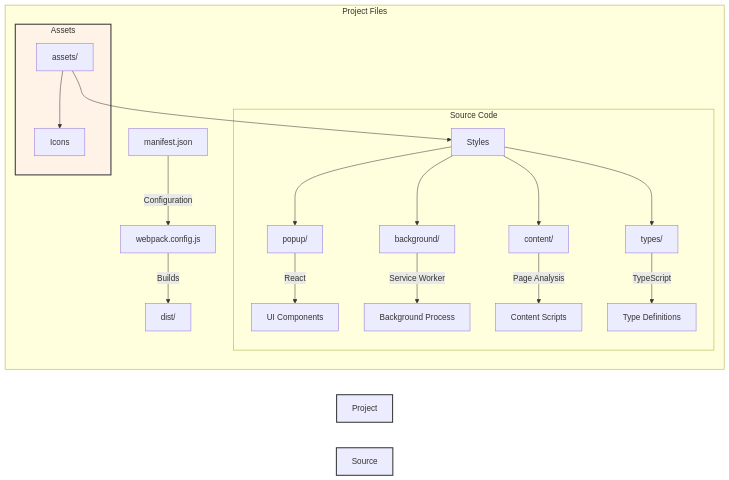
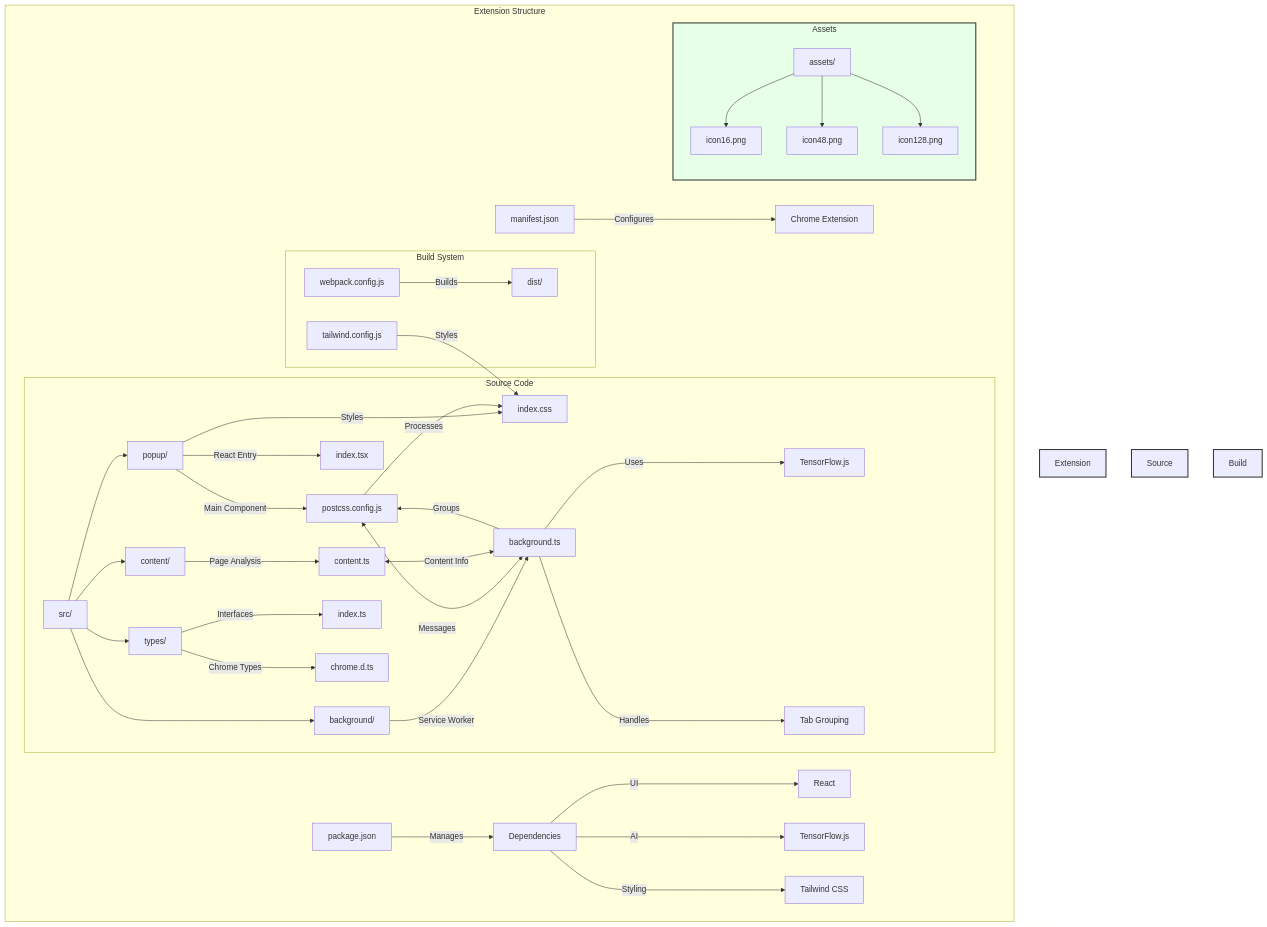
One commit to moelhaj996/AI-Powered-Tab-Manager-Organizer changed the diagram in README.md. Above: the diagram before and after it, drawn with Mermaid. The commit also changed other lines of this file and 45 other files, not shown here.

````diff
--- a/README.md
+++ b/README.md
@@ -77,28 +7,58 @@
 ```mermaid
-graph LR
-    subgraph Project Files
-        M[manifest.json] --> |Configuration| W[webpack.config.js]
-        W --> |Builds| D[dist/]
+graph TD
+    subgraph Extension Structure
+        M[manifest.json] --> |Configures| EXT[Chrome Extension]
         
         subgraph Source Code
-            S[src/] --> P[popup/]
-            S --> B[background/]
-            S --> C[content/]
-            S --> T[types/]
+            SRC[src/] --> POP[popup/]
+            SRC --> BG[background/]
+            SRC --> CON[content/]
+            SRC --> TYP[types/]
+
+            %% Popup Details
+            POP --> |React Entry| IDX[index.tsx]
+            POP --> |Main Component| PC[Popup.tsx]
+            POP --> |Styles| CSS[index.css]
             
-            P --> |React| UI[UI Components]
-            B --> |Service Worker| BG[Background Process]
-            C --> |Page Analysis| CS[Content Scripts]
-            T --> |TypeScript| TD[Type Definitions]
+            %% Background Service
+            BG --> |Service Worker| BS[background.ts]
+            BS --> |Uses| TF[TensorFlow.js]
+            BS --> |Handles| TG[Tab Grouping]
+            
+            %% Content Scripts
+            CON --> |Page Analysis| CS[content.ts]
+            
+            %% Types
+            TYP --> |Interfaces| TI[index.ts]
+            TYP --> |Chrome Types| CT[chrome.d.ts]
         end
-        
+
+        subgraph Build System
+            WP[webpack.config.js] --> |Builds| DIST[dist/]
+            PC[postcss.config.js] --> |Processes| CSS
+            TC[tailwind.config.js] --> |Styles| CSS
+        end
+
         subgraph Assets
-            A[assets/] --> I[Icons]
-            A --> S[Styles]
+            AST[assets/] --> IC16[icon16.png]
+            AST --> IC48[icon48.png]
+            AST --> IC128[icon128.png]
         end
+
+        %% Dependencies
+        PKG[package.json] --> |Manages| DEP[Dependencies]
+        DEP --> |UI| REACT[React]
+        DEP --> |AI| TFJS[TensorFlow.js]
+        DEP --> |Styling| TWC[Tailwind CSS]
+
+        %% Communication Flow
+        PC <--> |Messages| BS
+        CS <--> |Content Info| BS
+        BS --> |Groups| PC
     end
-    
-    style Project Files fill:#f9f9f9,stroke:#333,stroke-width:2px
+
+    style Extension Structure fill:#f9f9f9,stroke:#333,stroke-width:2px
     style Source Code fill:#e6f3ff,stroke:#333,stroke-width:2px
-    style Assets fill:#fff2e6,stroke:#333,stroke-width:2px
+    style Build System fill:#fff2e6,stroke:#333,stroke-width:2px
+    style Assets fill:#e6ffe6,stroke:#333,stroke-width:2px
 ```
````
